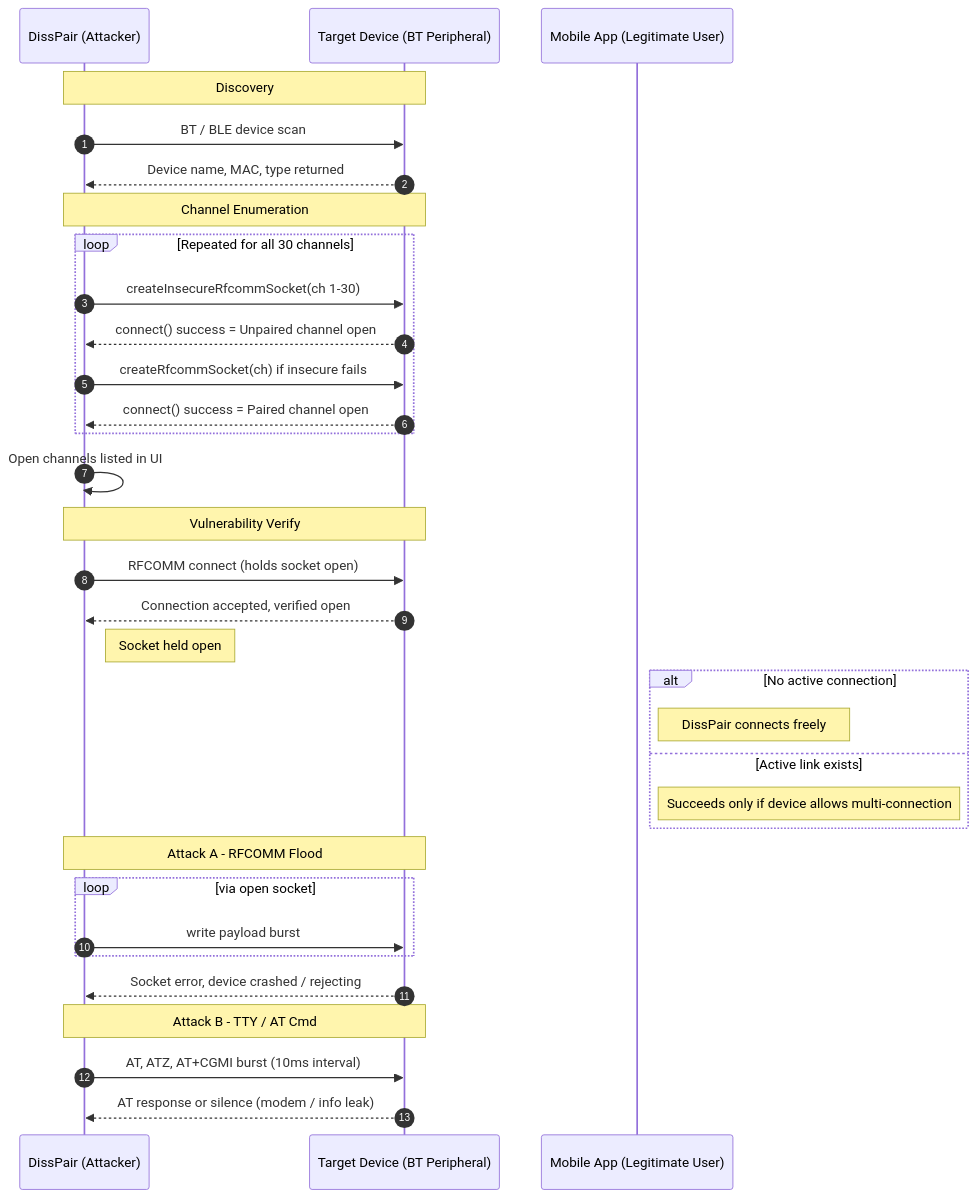
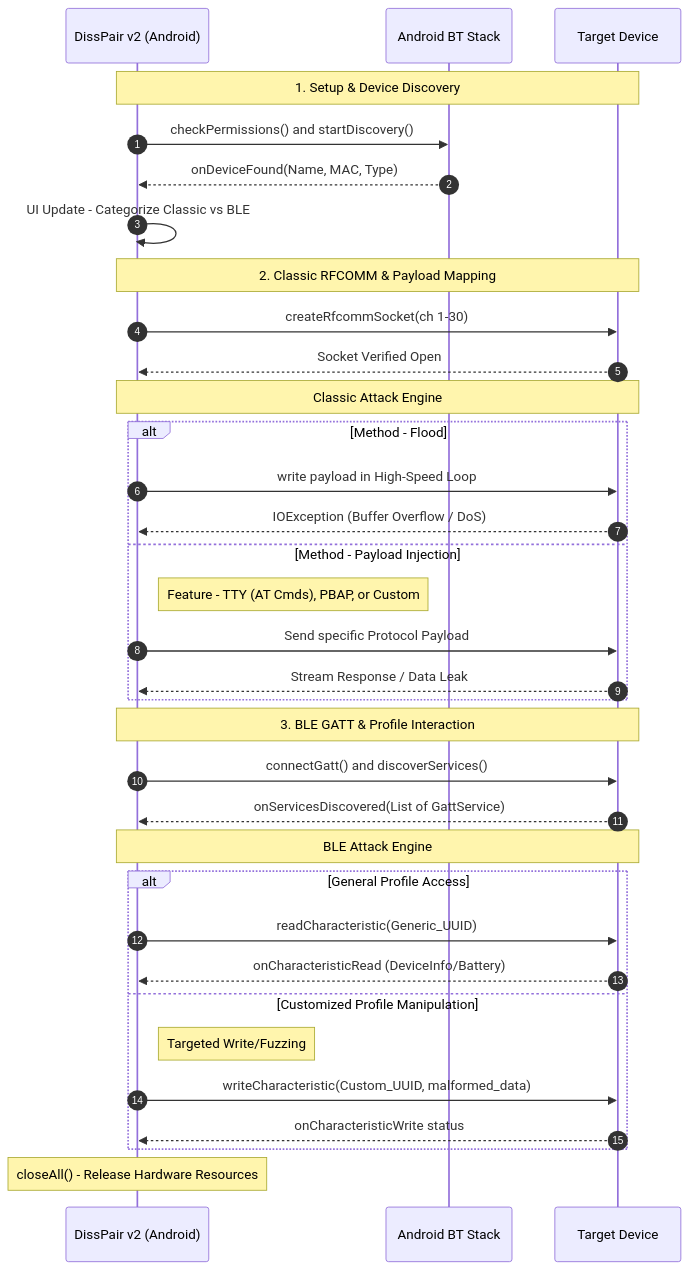
One commit to threadpoolx/DissPair changed the diagram in README.md. Above: the diagram before and after it, drawn with Mermaid.

````diff
--- a/README.md
+++ b/README.md
@@ -117,40 +117,42 @@
 ```mermaid
 sequenceDiagram
-    autonumber
-    participant D as DissPair (Attacker)
-    participant T as Target Device (BT Peripheral)
-    participant M as Mobile App (Legitimate User)
+    autonumber
+    participant D as DissPair v2 (Android)
+    participant B as Android BT Stack
+    participant T as Target Device
 
-    Note over D, T: Discovery
-    D->>T: BT / BLE device scan
-    T-->>D: Device name, MAC, type returned
+    Note over D, T: 1. Setup & Device Discovery
+    D->>B: checkPermissions() and startDiscovery()
+    B-->>D: onDeviceFound(Name, MAC, Type)
+    D->>D: UI Update - Categorize Classic vs BLE
 
-    Note over D, T: Channel Enumeration
-    loop Repeated for all 30 channels
-        D->>T: createInsecureRfcommSocket(ch 1-30)
-        T-->>D: connect() success = Unpaired channel open
-        D->>T: createRfcommSocket(ch) if insecure fails
-        T-->>D: connect() success = Paired channel open
-    end
-    D->>D: Open channels listed in UI
+    Note over D, T: 2. Classic RFCOMM & Payload Mapping
+    D->>T: createRfcommSocket(ch 1-30)
+    T-->>D: Socket Verified Open
 
-    Note over D, T: Vulnerability Verify
-    D->>T: RFCOMM connect (holds socket open)
-    T-->>D: Connection accepted, verified open
-    Note right of D: Socket held open
-    alt No active connection
-        Note right of M: DissPair connects freely
-    else Active link exists
-        Note right of M: Succeeds only if device allows multi-connection
-    end
+    Note over D, T: Classic Attack Engine
+    alt Method - Flood
+        D->>T: write payload in High-Speed Loop
+        T-->>D: IOException (Buffer Overflow / DoS)
+    else Method - Payload Injection
+        Note right of D: Feature - TTY (AT Cmds), PBAP, or Custom
+        D->>T: Send specific Protocol Payload
+        T-->>D: Stream Response / Data Leak
+    end
 
-    Note over D, T: Attack A - RFCOMM Flood
-    loop via open socket
-        D->>T: write payload burst
-    end
-    T-->>D: Socket error, device crashed / rejecting
+    Note over D, T: 3. BLE GATT & Profile Interaction
+    D->>T: connectGatt() and discoverServices()
+    T-->>D: onServicesDiscovered(List of GattService)
 
-    Note over D, T: Attack B - TTY / AT Cmd
-    D->>T: AT, ATZ, AT+CGMI burst (10ms interval)
-    T-->>D: AT response or silence (modem / info leak)
+    Note over D, T: BLE Attack Engine
+    alt General Profile Access
+        D->>T: readCharacteristic(Generic_UUID)
+        T-->>D: onCharacteristicRead (DeviceInfo/Battery)
+    else Customized Profile Manipulation
+        Note right of D: Targeted Write/Fuzzing
+        D->>T: writeCharacteristic(Custom_UUID, malformed_data)
+        T-->>D: onCharacteristicWrite status
+    end
+
+    Note over D: closeAll() - Release Hardware Resources
 ```
````
